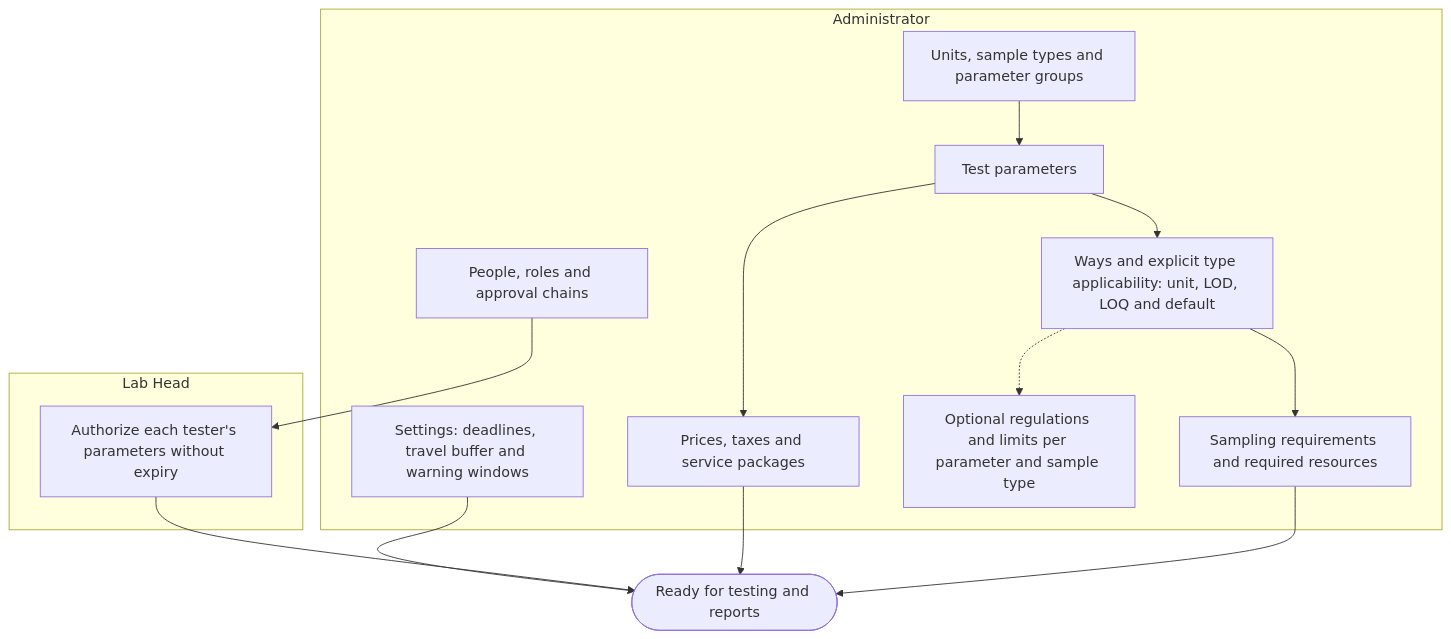
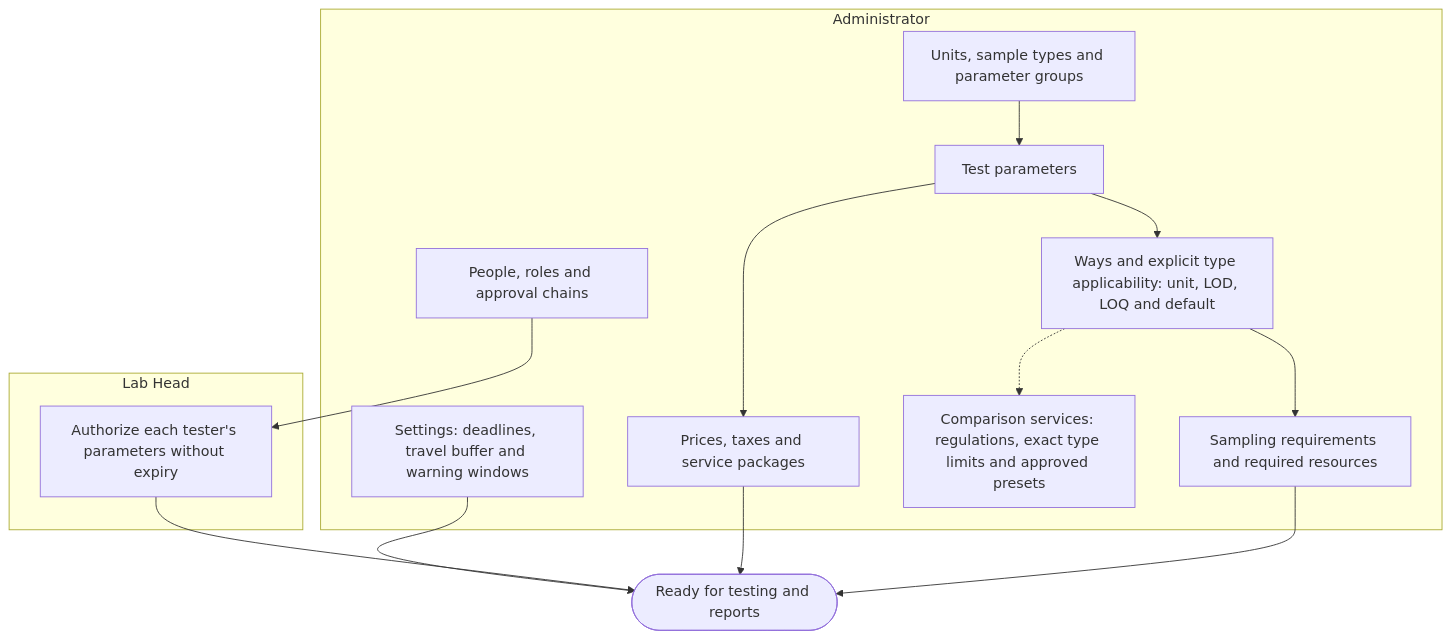
Diagram 15 of 16 in docs/functional/business-flows.md (SoltuneMontepre/medilab), drawn with Mermaid before and after one commit. The commit also changed other lines of this file and 28 other files, not shown here.

````diff
--- a/docs/functional/business-flows.md
+++ b/docs/functional/business-flows.md
@@ -654,20 +663,20 @@
 ```mermaid
 flowchart TD
     subgraph lane35 ["Administrator"]
         a1[Units, sample types and parameter groups] --> a2[Test parameters]
         a2 --> a3[Ways and explicit type applicability: unit, LOD, LOQ and default]
         a3 --> a4[Sampling requirements and required resources]
         a2 --> a5[Prices, taxes and service packages]
-        a3 -.-> optional[Optional regulations and limits per parameter and sample type]
+        a3 -.-> optional[Comparison services: regulations, exact type limits and approved presets]
         a6[People, roles and approval chains]
         a9[Settings: deadlines, travel buffer and warning windows]
     end
     subgraph lane45 ["Lab Head"]
         l1[Authorize each tester's parameters without expiry]
     end
     a6 --> l1
     a4 --> ready([Ready for testing and reports])
     a5 --> ready
     l1 --> ready
     a9 --> ready
 ```
````
